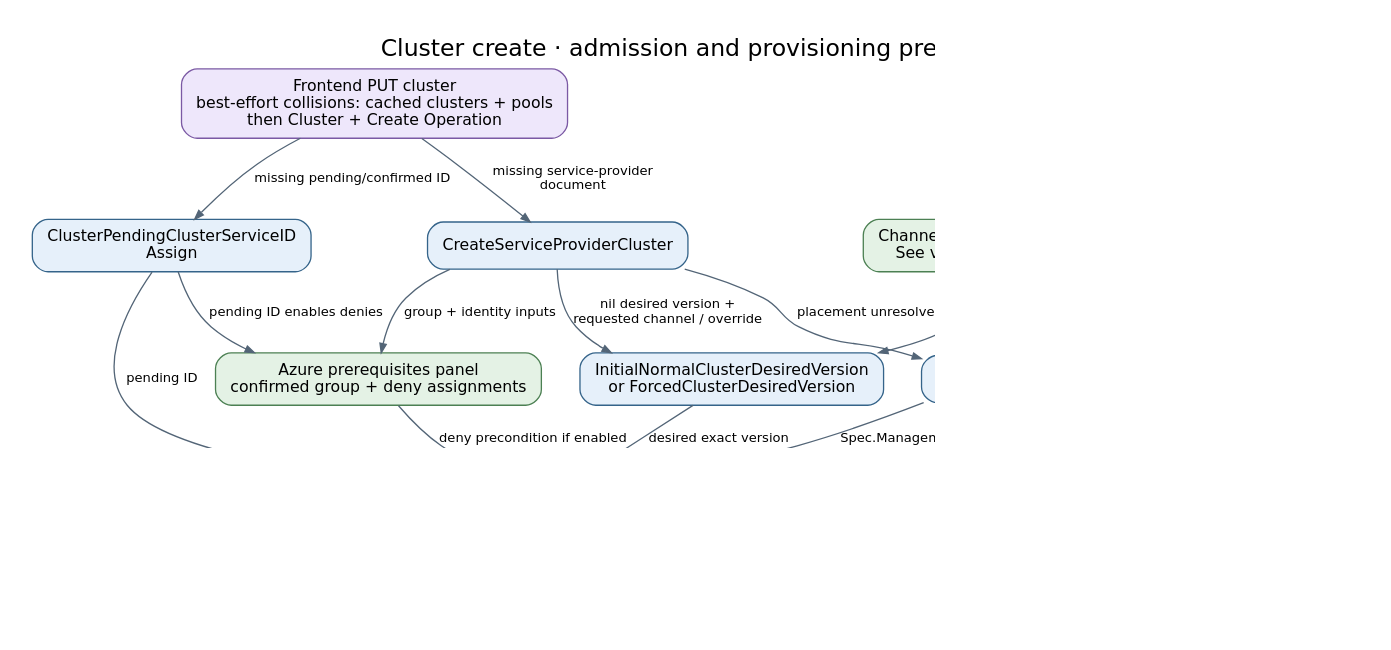
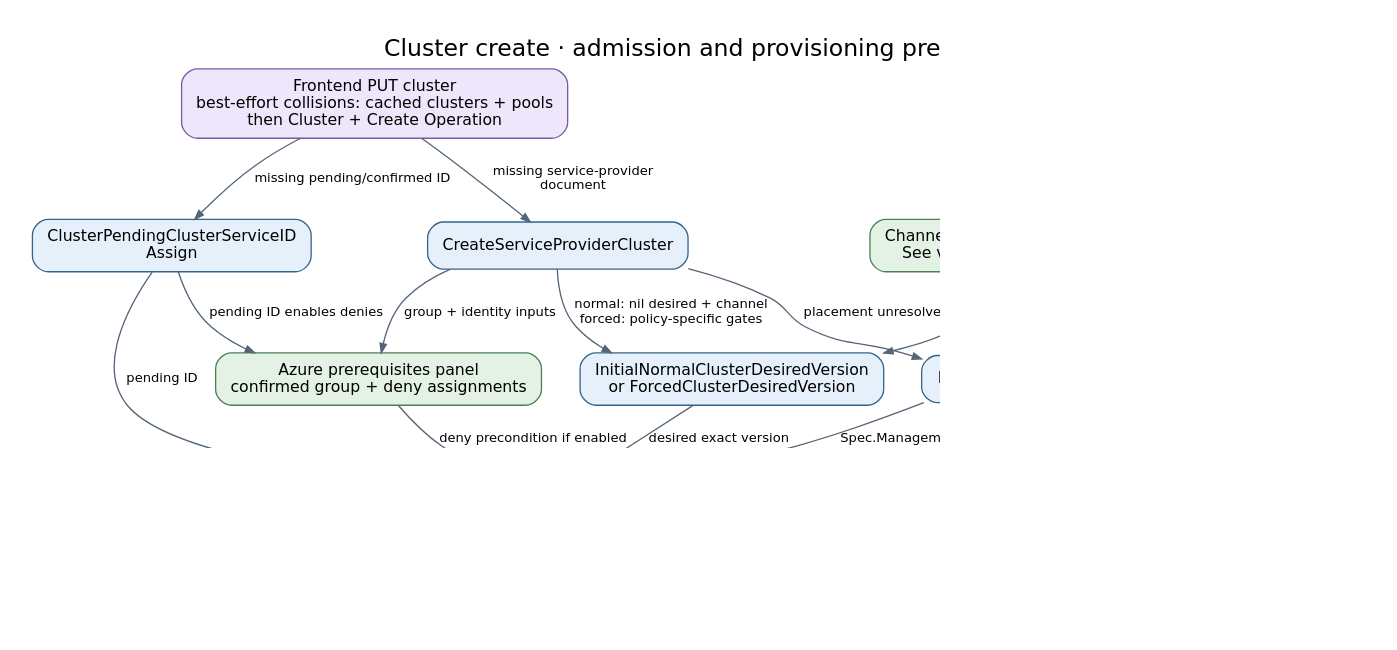
The diagram in docs/generated/diagrams/controller-flows/cluster-create.dot (Azure/ARO-HCP), drawn with Graphviz before and after one commit. The commit also changed 14 other files, not shown here.

Commit message:
docs: sync generated controller and resource flows

```diff
--- a/docs/generated/diagrams/controller-flows/cluster-create.dot
+++ b/docs/generated/diagrams/controller-flows/cluster-create.dot
@@ -1,30 +1,30 @@
 digraph cluster_create {
   graph [rankdir=TB, bgcolor="white", pad="0.3", nodesep="0.4", ranksep="0.55", fontname="DejaVu Sans", fontsize=18, labelloc=t, label="Cluster create · admission and provisioning prerequisites", dpi=110];
   node [shape=box, style="rounded,filled", fillcolor="#e6f0fa", color="#35648a", fontname="DejaVu Sans", fontsize=12, margin="0.16,0.10"];
   edge [color="#536577", fontname="DejaVu Sans", fontsize=10, arrowsize=0.7];
   put [label="Frontend PUT cluster\nbest-effort collisions: cached clusters + pools\nthen Cluster + Create Operation", fillcolor="#eee7fb", color="#7b59a4"];
   sp [label="CreateServiceProviderCluster", fillcolor="#e6f0fa", color="#35648a"];
   id [label="ClusterPendingClusterServiceID\nAssign", fillcolor="#e6f0fa", color="#35648a"];
   ver [label="InitialNormalClusterDesiredVersion\nor ForcedClusterDesiredVersion", fillcolor="#e6f0fa", color="#35648a"];
   rollout [label="Channel best / forced version\nSee version-rollout panel", fillcolor="#e4f2e5", color="#4c8053"];
   place [label="Placement", fillcolor="#e6f0fa", color="#35648a"];
   fleet [label="Fleet readiness + capacity\nSee placement panel", fillcolor="#e4f2e5", color="#4c8053"];
   azure [label="Azure prerequisites panel\nconfirmed group + deny assignments", fillcolor="#e4f2e5", color="#4c8053"];
   create [label="ClusterClusterServiceCreate", fillcolor="#e6f0fa", color="#35648a"];
   cs [label="Cluster Service cluster exists\nClusterServiceID confirmed\nContinue in convergence panel", fillcolor="#e4f2e5", color="#4c8053"];
   put -> sp [label="missing service-provider\ndocument"];
   put -> id [label="missing pending/confirmed ID"];
-  sp -> ver [label="nil desired version +\nrequested channel / override"];
+  sp -> ver [label="normal: nil desired + channel\nforced: policy-specific gates"];
   rollout -> ver [label="selected target"];
   sp -> place [label="placement unresolved"];
   fleet -> place [label="Ready + schedulable +\ncurrent capacity"];
   place -> place [label="no fit: record condition;\nretry after 29s", style=dashed, color="#857456", constraint=false];
   sp -> azure [label="group + identity inputs"];
   id -> azure [label="pending ID enables denies"];
   id -> create [label="pending ID"];
   ver -> create [label="desired exact version"];
   place -> create [label="Spec.ManagementClusterResourceID"];
   azure -> create [label="deny precondition if enabled"];
   create -> cs [label="adopt or POST; persist ID"];
   create -> create [label="missing prerequisite: wait", style=dashed, color="#857456", constraint=false];
 }
```
